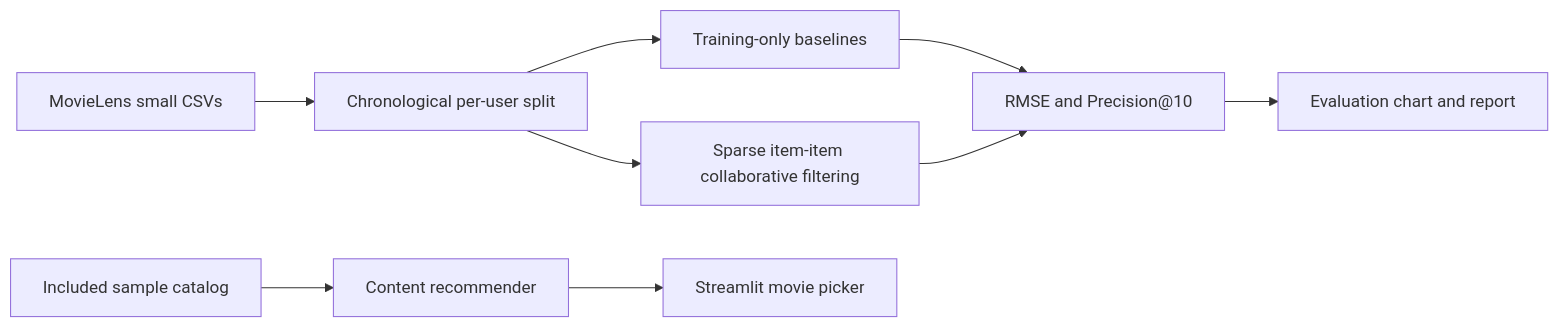
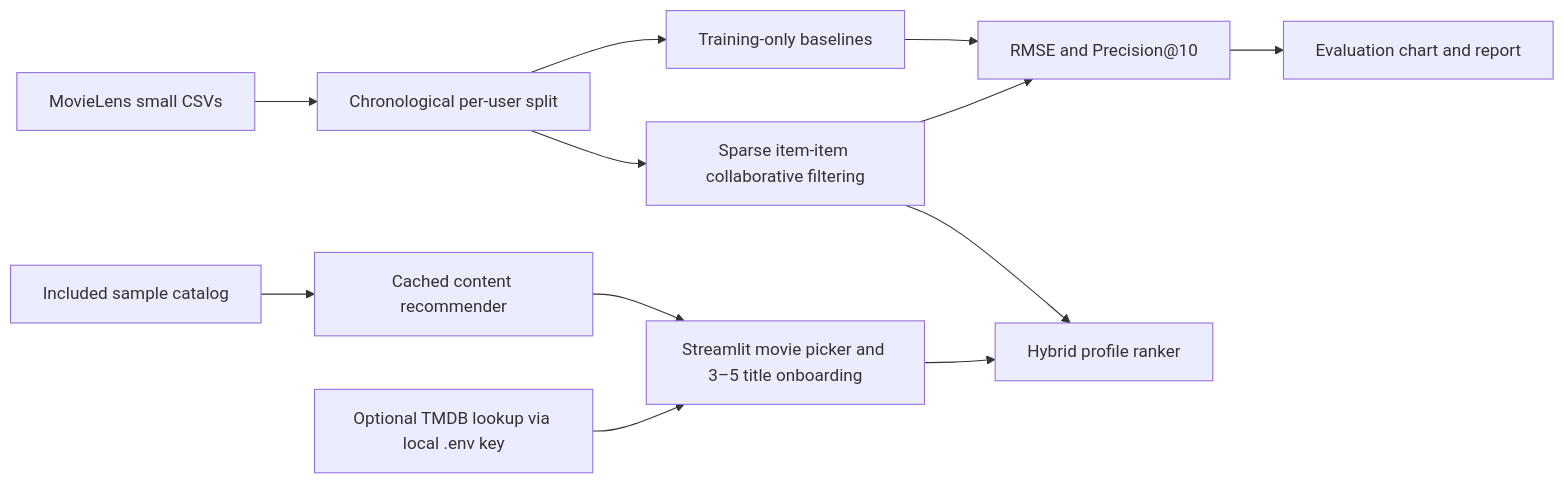
Before and after one commit to Simaaqmoideen/Movie-Recommendation-System: the diagram in README.md, drawn with Mermaid. The commit also changed other lines of this file and 15 other files, not shown here.

````diff
--- a/README.md
+++ b/README.md
@@ -37,11 +38,14 @@
 ```mermaid
 flowchart LR
-    A[Included sample catalog] --> B[Content recommender]
+    A[Included sample catalog] --> B[Cached content recommender]
     C[MovieLens small CSVs] --> D[Chronological per-user split]
     D --> E[Training-only baselines]
     D --> F[Sparse item-item collaborative filtering]
-    B --> G[Streamlit movie picker]
+    B --> G[Streamlit movie picker and 3–5 title onboarding]
     E --> H[RMSE and Precision@10]
     F --> H
     H --> I[Evaluation chart and report]
+    G --> J[Hybrid profile ranker]
+    F --> J
+    K[Optional TMDB lookup via local .env key] --> G
 ```
````
